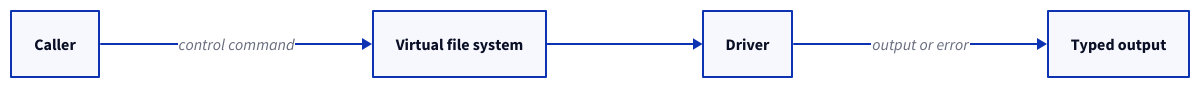
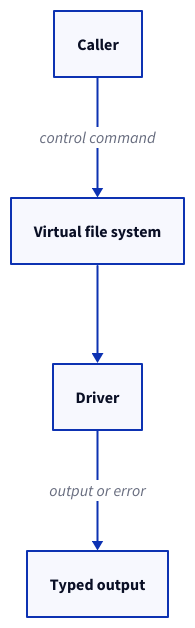
Before and after one commit to xila-project/website: the diagram in src/content/docs/explanation/architecture/libraries/device.mdx, drawn with D2. The commit also changed 4 other files, not shown here.

First line of the commit message:
docs(diagrams): narrow the converted library diagrams

````diff
--- a/src/content/docs/explanation/architecture/libraries/device.mdx
+++ b/src/content/docs/explanation/architecture/libraries/device.mdx
@@ -22,12 +22,12 @@
 ```d2 title="A control command from a caller to a driver"
-direction: right
+direction: down
 
 caller: Caller { class: component }
 vfs: Virtual file system { class: component }
 driver: Driver { class: hardware }
 output: Typed output { class: io }
 
 caller -> vfs: control command
 vfs -> driver
 driver -> output: output or error
 ```
````
